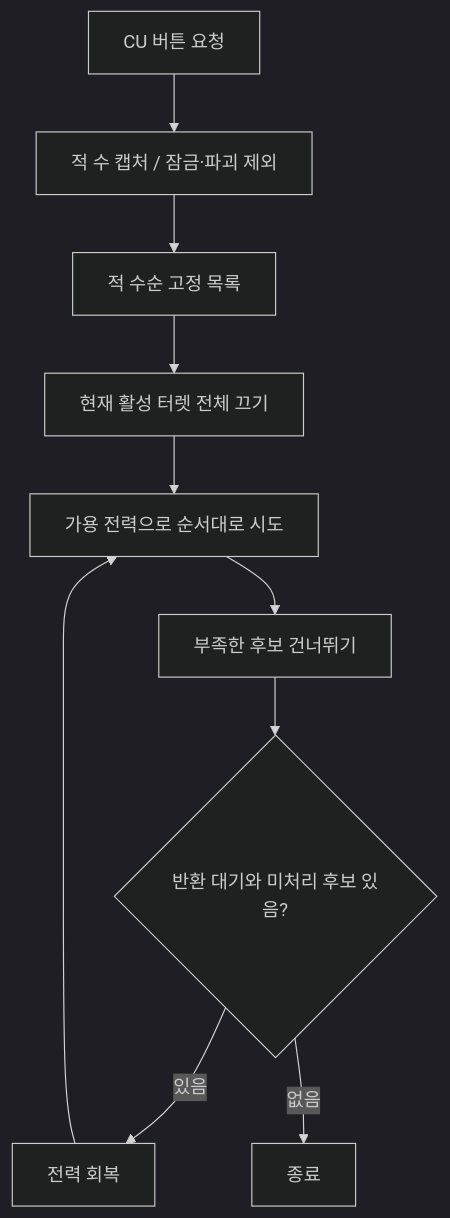
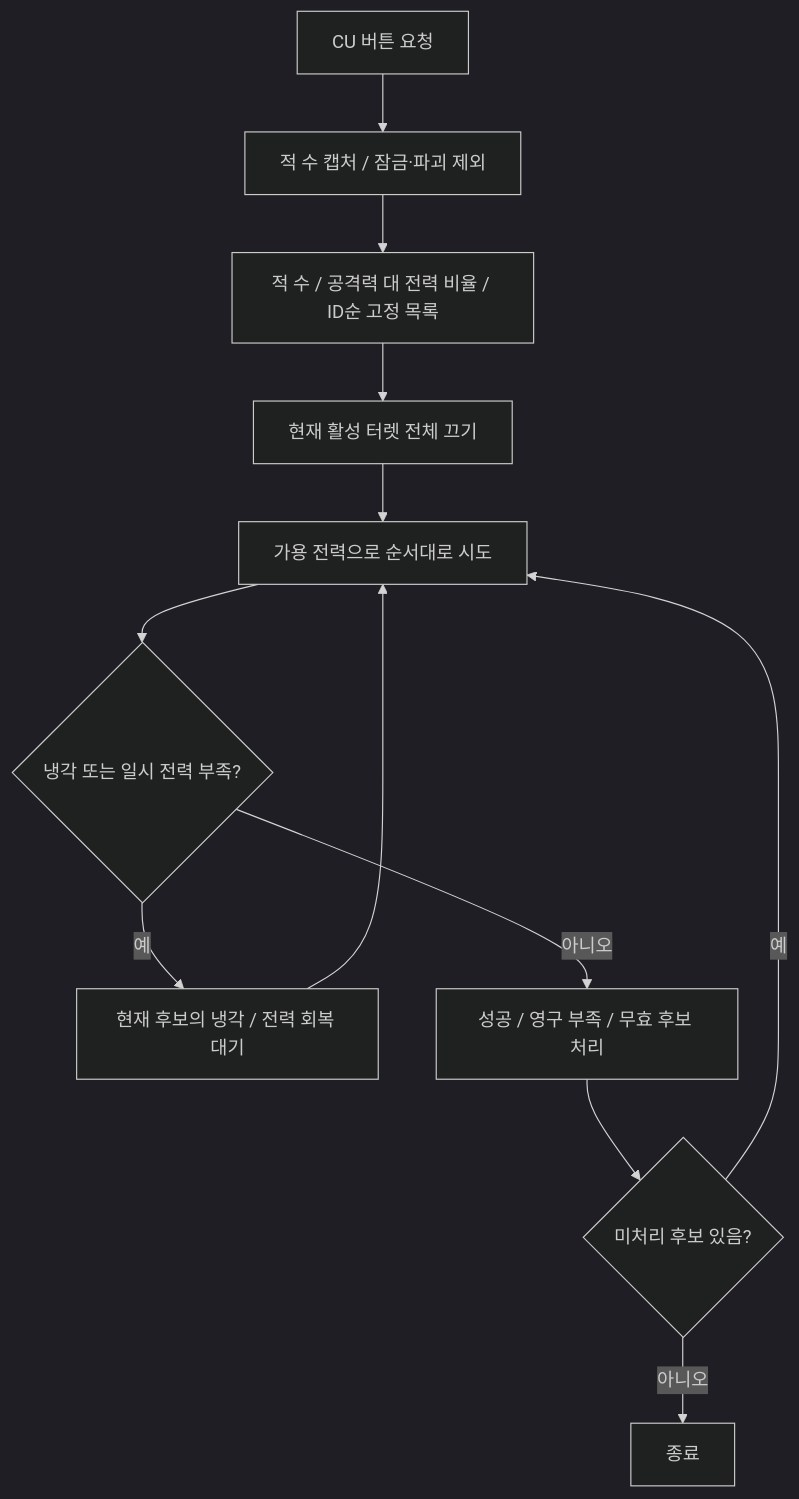
Diagram 16 of 16 in docs/projects/the-developer/turret/runtime-flows.md (Team-HJD-21/team-hjd-docs), drawn with Mermaid (dark theme) before and after one commit. The commit also changed other lines of this file and 26 other files, not shown here.

````diff
--- a/docs/projects/the-developer/turret/runtime-flows.md
+++ b/docs/projects/the-developer/turret/runtime-flows.md
@@ -783,12 +783,14 @@
 ```mermaid
 flowchart TD
     Button[CU 버튼 요청] --> Capture[적 수 캡처 / 잠금·파괴 제외]
-    Capture --> Sort[적 수순 고정 목록]
+    Capture --> Sort[적 수 / 공격력 대 전력 비율 / ID순 고정 목록]
     Sort --> Off[현재 활성 터렛 전체 끄기]
     Off --> Try[가용 전력으로 순서대로 시도]
-    Try --> Skip[부족한 후보 건너뛰기]
-    Skip --> Wait{반환 대기와 미처리 후보 있음?}
-    Wait -->|있음| Recover[전력 회복]
+    Try --> Gate{냉각 또는 일시 전력 부족?}
+    Gate -->|예| Recover[현재 후보의 냉각 / 전력 회복 대기]
     Recover --> Try
-    Wait -->|없음| End[종료]
+    Gate -->|아니오| Next[성공 / 영구 부족 / 무효 후보 처리]
+    Next --> Remain{미처리 후보 있음?}
+    Remain -->|예| Try
+    Remain -->|아니오| End[종료]
 ```
````
